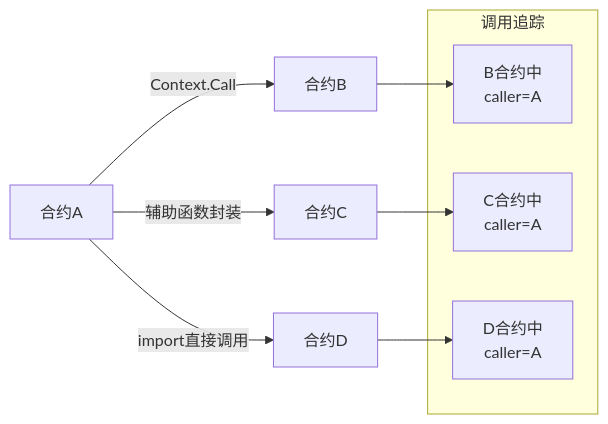
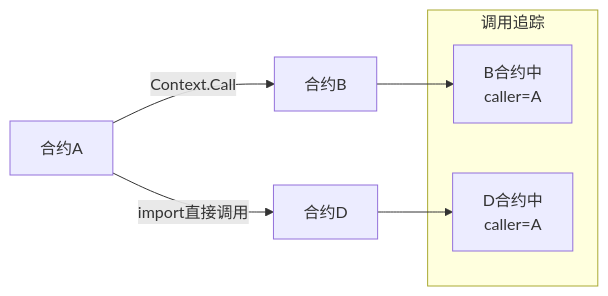
Before and after one commit to govm-net/vm: the third of 4 diagrams in docs/wasm_contract_tracing.md, drawn with Mermaid. The commit also changed other lines of this file and 7 other files, not shown here.

````diff
--- a/docs/wasm_contract_tracing.md
+++ b/docs/wasm_contract_tracing.md
@@ -572,16 +638,13 @@
 ```mermaid
 flowchart LR
     A[合约A] -->|Context.Call| B[合约B]
-    A -->|辅助函数封装| C[合约C]
     A -->|import直接调用| D[合约D]
     
     subgraph "调用追踪"
         B1[B合约中<br>caller=A]
-        C1[C合约中<br>caller=A]
         D1[D合约中<br>caller=A]
     end
     
     B --> B1
-    C --> C1
     D --> D1
 ```
````
